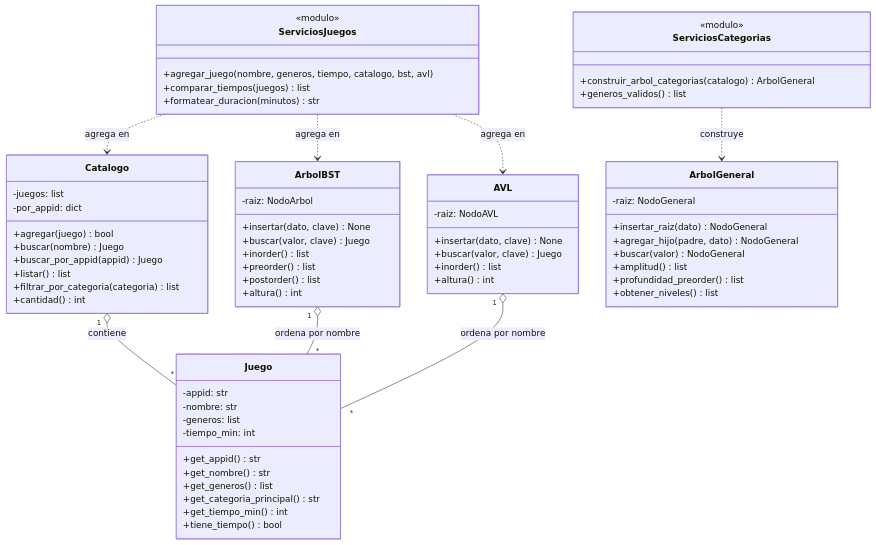
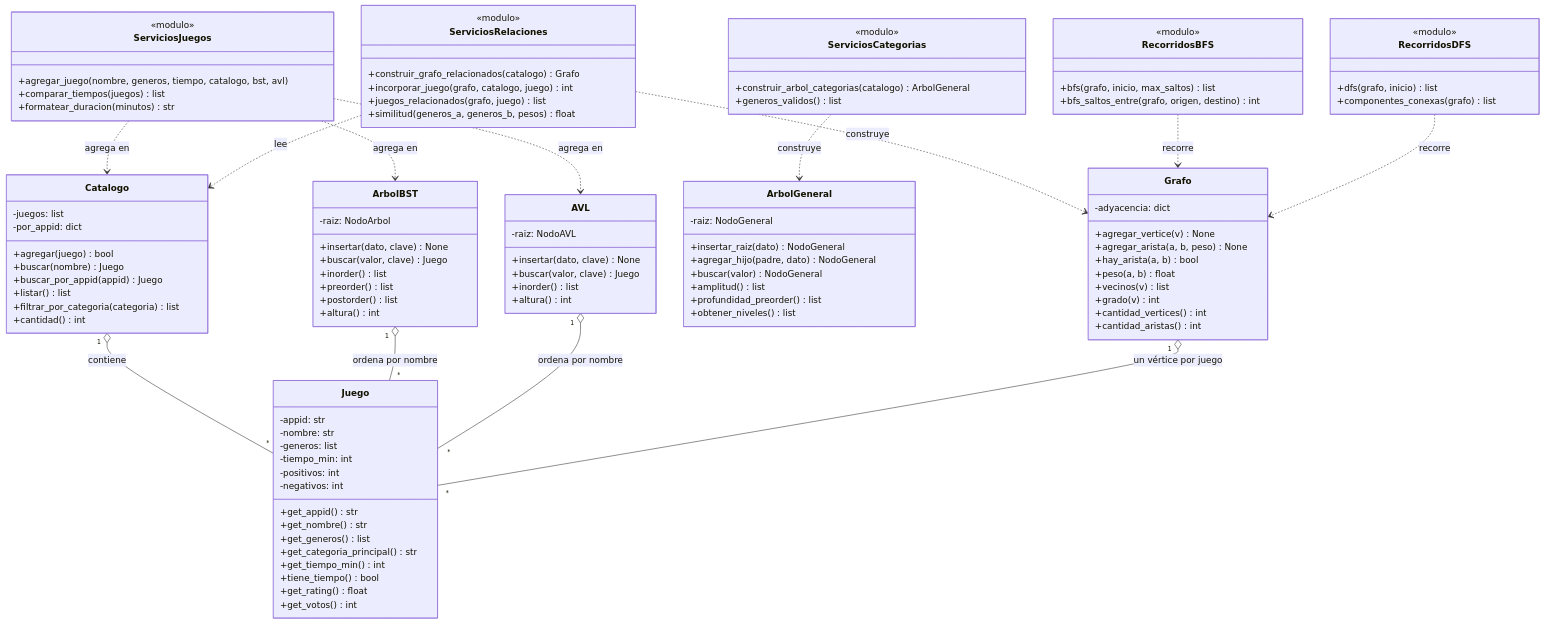
The diagram in docs/03-diagrama-clases.md (cartonero/tpi_integrador-), drawn with Mermaid before and after one commit. The commit also changed other lines of this file and 18 other files, not shown here.

Commit message:
TP8: BFS y DFS, opcion 10, tests y docs

````diff
--- a/docs/03-diagrama-clases.md
+++ b/docs/03-diagrama-clases.md
@@ -10,12 +10,16 @@
         -nombre: str
         -generos: list
         -tiempo_min: int
+        -positivos: int
+        -negativos: int
         +get_appid() str
         +get_nombre() str
         +get_generos() list
         +get_categoria_principal() str
         +get_tiempo_min() int
         +tiene_tiempo() bool
+        +get_rating() float
+        +get_votos() int
     }
 
     class Catalogo {
@@ -57,6 +61,18 @@
         +obtener_niveles() list
     }
 
+    class Grafo {
+        -adyacencia: dict
+        +agregar_vertice(v) None
+        +agregar_arista(a, b, peso) None
+        +hay_arista(a, b) bool
+        +peso(a, b) float
+        +vecinos(v) list
+        +grado(v) int
+        +cantidad_vertices() int
+        +cantidad_aristas() int
+    }
+
     class ServiciosJuegos {
         <<modulo>>
         +agregar_juego(nombre, generos, tiempo, catalogo, bst, avl)
@@ -70,6 +86,26 @@
         +generos_validos() list
     }
 
+    class ServiciosRelaciones {
+        <<modulo>>
+        +construir_grafo_relacionados(catalogo) Grafo
+        +incorporar_juego(grafo, catalogo, juego) int
+        +juegos_relacionados(grafo, juego) list
+        +similitud(generos_a, generos_b, pesos) float
+    }
+
+    class RecorridosBFS {
+        <<modulo>>
+        +bfs(grafo, inicio, max_saltos) list
+        +bfs_saltos_entre(grafo, origen, destino) int
+    }
+
+    class RecorridosDFS {
+        <<modulo>>
+        +dfs(grafo, inicio) list
+        +componentes_conexas(grafo) list
+    }
+
     Catalogo "1" o-- "*" Juego : contiene
     ArbolBST "1" o-- "*" Juego : ordena por nombre
     AVL "1" o-- "*" Juego : ordena por nombre
@@ -77,4 +113,9 @@
     ServiciosJuegos ..> ArbolBST : agrega en
     ServiciosJuegos ..> AVL : agrega en
     ServiciosCategorias ..> ArbolGeneral : construye
+    ServiciosRelaciones ..> Grafo : construye
+    ServiciosRelaciones ..> Catalogo : lee
+    Grafo "1" o-- "*" Juego : un vértice por juego
+    RecorridosBFS ..> Grafo : recorre
+    RecorridosDFS ..> Grafo : recorre
 ```
````
